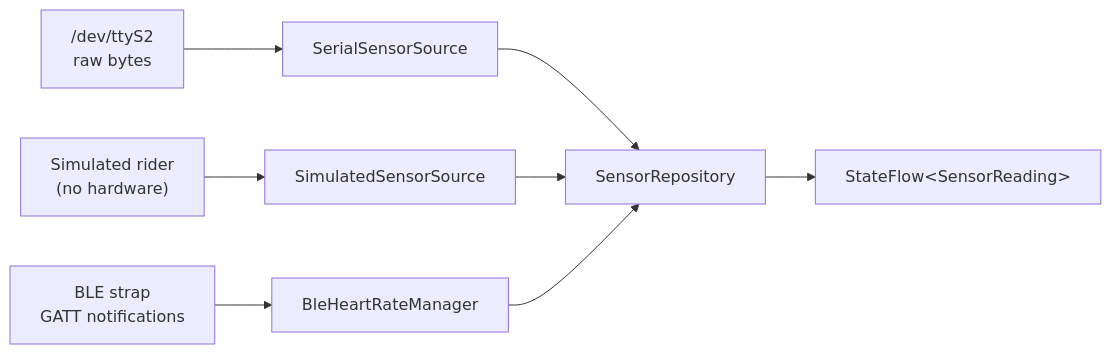
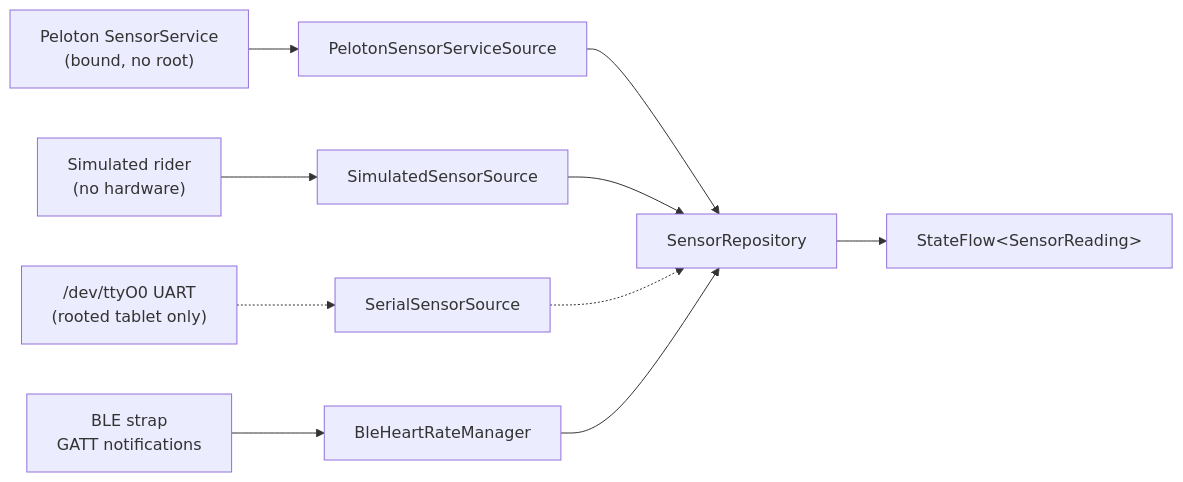
Before and after one commit to showered/pelonot: the first of 3 diagrams in ARCHITECTURE.md, drawn with Mermaid. The commit also changed other lines of this file and 3 other files, not shown here.

First line of the commit message:
docs: a front door, and an architecture doc that no longer opens with a premise the project disproved (19.1.5)

````diff
--- a/ARCHITECTURE.md
+++ b/ARCHITECTURE.md
@@ -28,11 +28,13 @@
 ```mermaid
 flowchart LR
-    A["/dev/ttyS2<br/>raw bytes"] --> B[SerialSensorSource]
+    A["Peloton SensorService<br/>(bound, no root)"] --> B[PelotonSensorServiceSource]
     C["BLE strap<br/>GATT notifications"] --> D[BleHeartRateManager]
     E["Simulated rider<br/>(no hardware)"] --> F[SimulatedSensorSource]
+    X["/dev/ttyO0 UART<br/>(rooted tablet only)"] -.-> Y[SerialSensorSource]
 
     B --> G[SensorRepository]
     F --> G
+    Y -.-> G
     D --> G
     G --> H["StateFlow&lt;SensorReading&gt;"]
 ```
````
